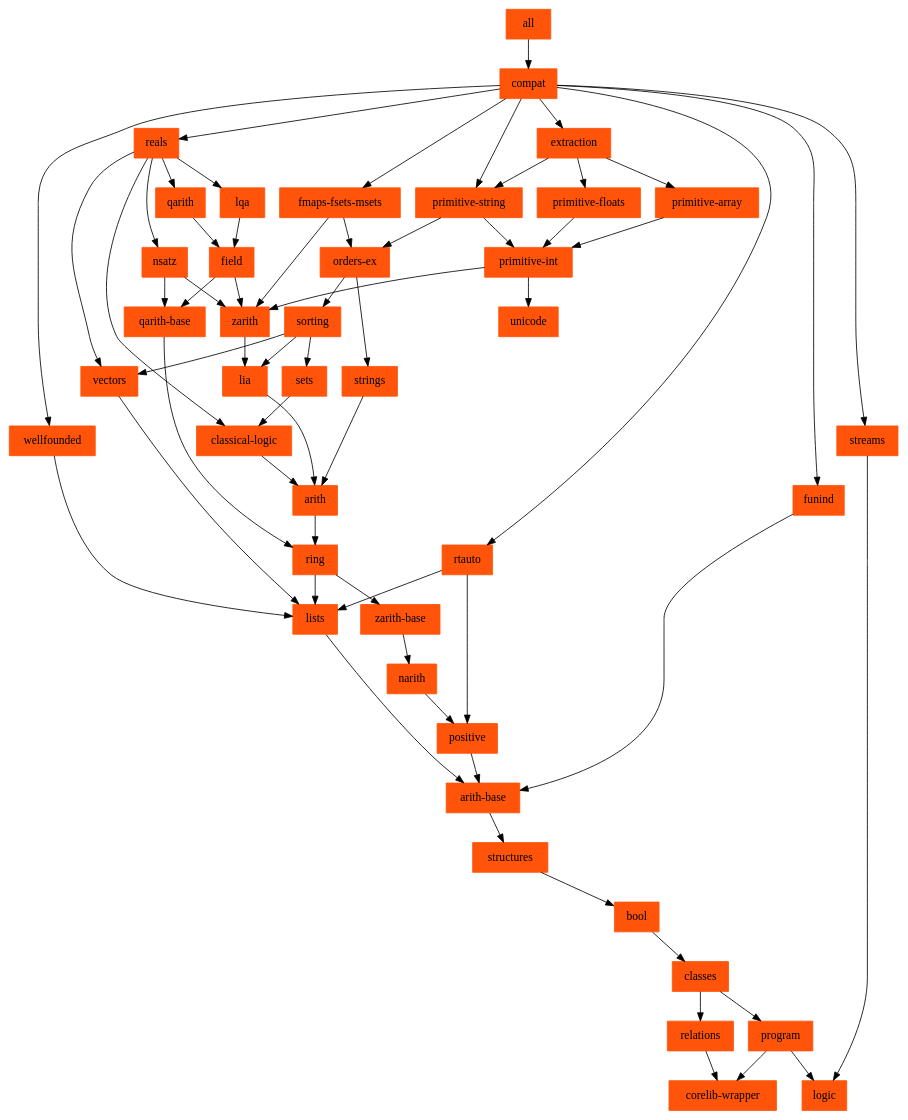
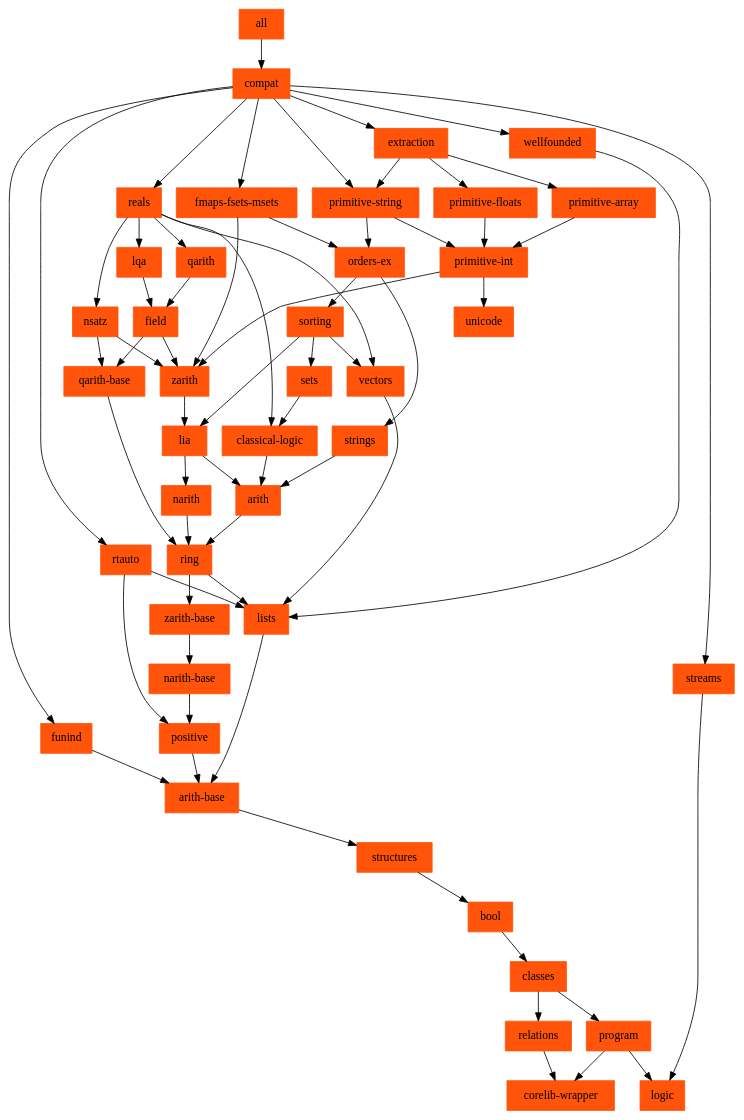
The diagram in doc/stdlib/depends.dot (coq/stdlib-test), drawn with Graphviz before and after one commit. The commit also changed 14 other files, not shown here.

Commit message:
Reexport NArithRing in NArith

```diff
--- a/doc/stdlib/depends.dot
+++ b/doc/stdlib/depends.dot
@@ -1,73 +1,75 @@
 # this has been mostly automatically generated by dev/tools/make-depends.sh
 # when editing this, ensure to keep .nix/coq-overlays/stdlib-subcomponents
 # in sync
 digraph stdlib_deps {
 	node [color="#ff540a",
 		shape=rectangle,
 		style=filled
 		URL="#\N"
 	];
 	bool -> classes;
 	classes -> program;
 	classes -> relations;
 	program -> "corelib-wrapper";
 	program -> logic;
 	strings -> arith;
 	reals -> qarith;
 	reals -> vectors;
 	reals -> lqa;
 	reals -> "classical-logic";
 	reals -> nsatz;
 	"arith-base" -> structures;
 	zarith -> lia;
 	qarith -> field;
 	positive -> "arith-base";
-	narith -> positive;
+	narith -> ring;
 	ring -> lists;
 	ring -> "zarith-base";
 	arith -> ring;
 	structures -> bool;
+	"narith-base" -> positive;
 	lists -> "arith-base";
-	"zarith-base" -> narith;
+	"zarith-base" -> "narith-base";
 	"primitive-int" -> zarith;
 	"primitive-int" -> unicode;
+	lia -> narith;
 	lia -> arith;
 	"fmaps-fsets-msets" -> zarith;
 	"fmaps-fsets-msets" -> "orders-ex";
 	"orders-ex" -> strings;
 	"orders-ex" -> sorting;
 	sets -> "classical-logic";
 	sorting -> lia;
 	sorting -> sets;
 	sorting -> vectors;
 	"primitive-floats" -> "primitive-int";
 	wellfounded -> lists;
 	relations -> "corelib-wrapper";
 	"primitive-string" -> "primitive-int";
 	"primitive-string" -> "orders-ex";
 	vectors -> lists;
 	field -> zarith;
 	field -> "qarith-base";
 	lqa -> field;
 	"qarith-base" -> ring;
 	"classical-logic" -> arith;
 	nsatz -> zarith;
 	nsatz -> "qarith-base";
 	extraction -> "primitive-string";
 	extraction -> "primitive-floats";
 	extraction -> "primitive-array";
 	"primitive-array" -> "primitive-int";
 	streams -> logic;
 	funind -> "arith-base";
 	rtauto -> positive;
 	rtauto -> lists;
 	compat -> reals;
 	compat -> "fmaps-fsets-msets";
 	compat -> wellfounded;
 	compat -> "primitive-string";
 	compat -> extraction;
 	compat -> streams;
 	compat -> funind;
 	compat -> rtauto;
         all -> compat
 }
```
